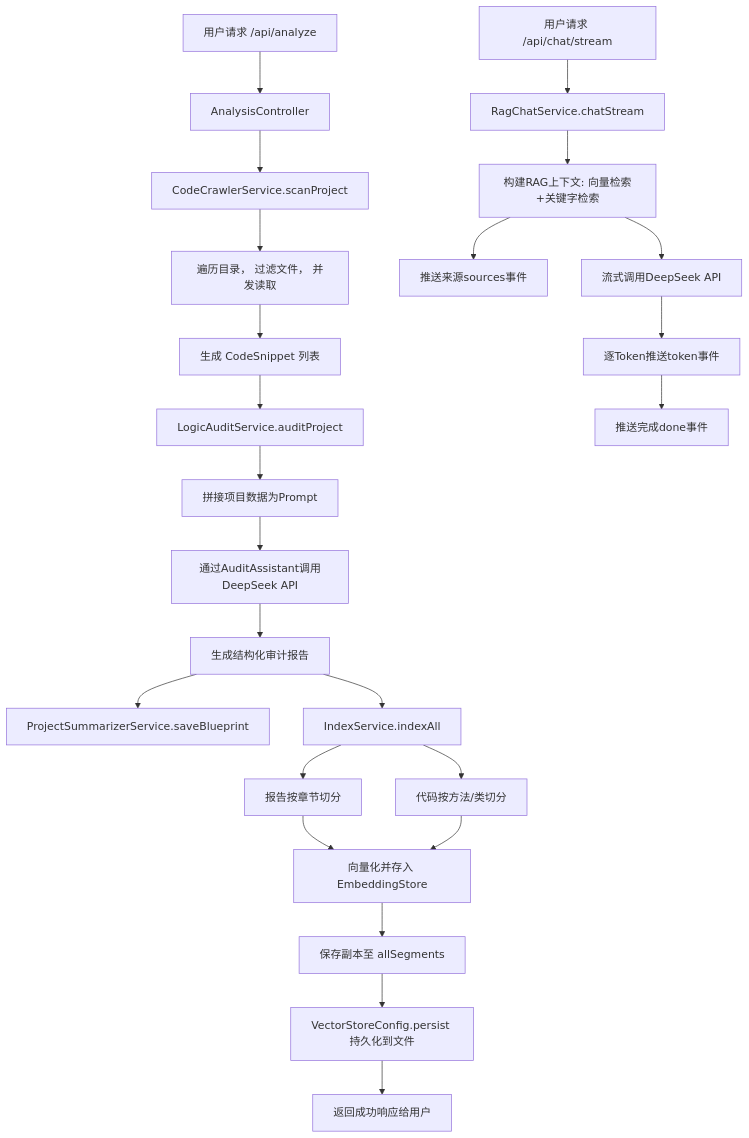
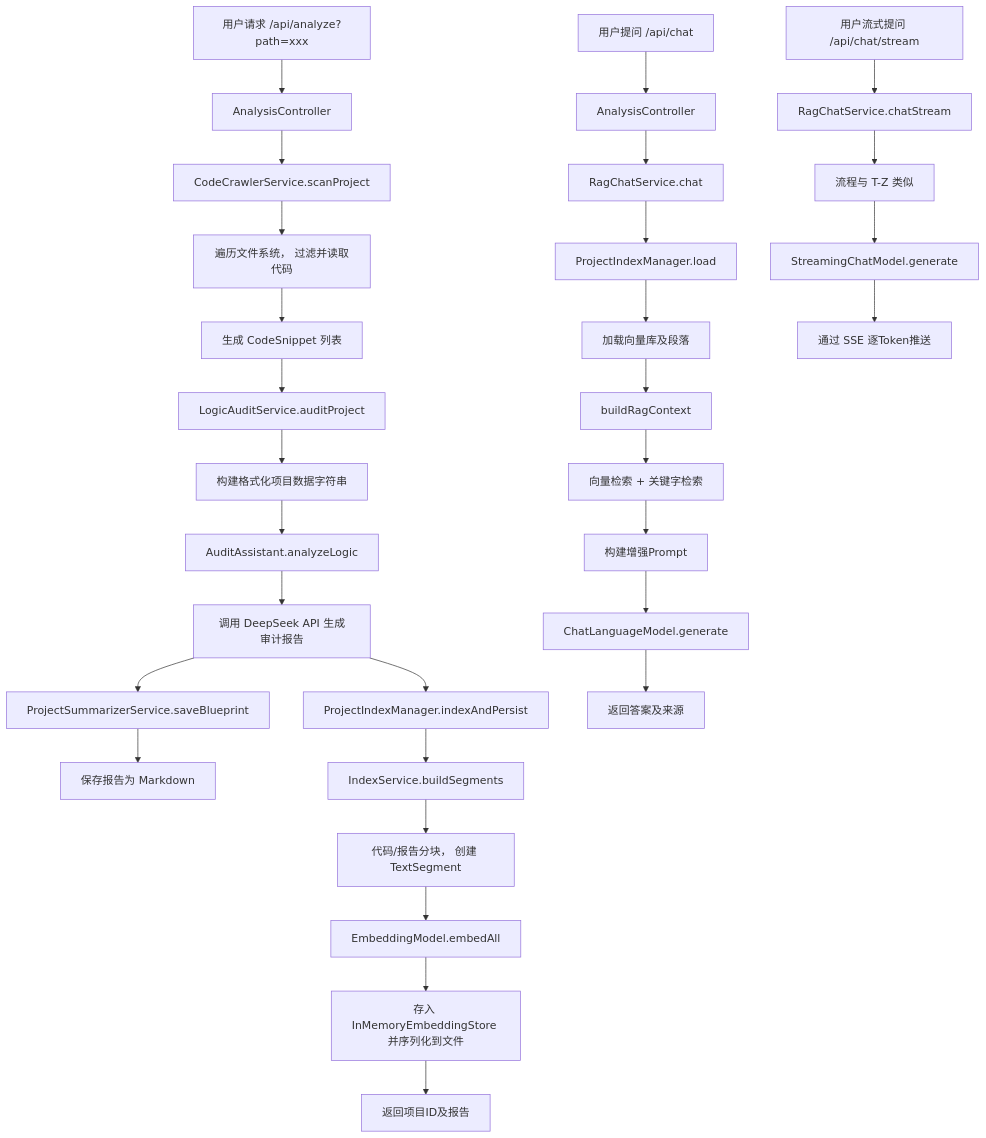
The diagram in Project-Blueprint.md (vuigiap9-art/project-analyzer-agent), drawn with Mermaid before and after one commit. The commit also changed other lines of this file and 1 other file, not shown here.

Commit message:
完善审计蓝图与RAG聊天渲染

````diff
--- a/Project-Blueprint.md
+++ b/Project-Blueprint.md
@@ -149,26 +133,34 @@
 ```mermaid
 graph TD
-    A[用户请求 /api/analyze] --> B[AnalysisController]
-    B --> C[CodeCrawlerService.scanProject]
-    C --> D[遍历目录， 过滤文件， 并发读取]
-    D --> E[生成 CodeSnippet 列表]
-    E --> F[LogicAuditService.auditProject]
-    F --> G[拼接项目数据为Prompt]
-    G --> H[通过AuditAssistant调用DeepSeek API]
-    H --> I[生成结构化审计报告]
-    I --> J[ProjectSummarizerService.saveBlueprint]
-    I --> K[IndexService.indexAll]
-    K --> L[报告按章节切分]
-    K --> M[代码按方法/类切分]
-    L & M --> N[向量化并存入 EmbeddingStore]
-    N --> O[保存副本至 allSegments]
-    O --> P[VectorStoreConfig.persist 持久化到文件]
-    P --> Q[返回成功响应给用户]
+    A[用户请求 /api/analyze?path=xxx] --> B[AnalysisController];
+    B --> C[CodeCrawlerService.scanProject];
+    C --> D[遍历文件系统， 过滤并读取代码];
+    D --> E[生成 CodeSnippet 列表];
+    E --> F[LogicAuditService.auditProject];
+    F --> G[构建格式化项目数据字符串];
+    G --> H[AuditAssistant.analyzeLogic];
+    H --> I[调用 DeepSeek API 生成审计报告];
+    I --> J[ProjectSummarizerService.saveBlueprint];
+    J --> K[保存报告为 Markdown];
+    I --> L[ProjectIndexManager.indexAndPersist];
+    L --> M[IndexService.buildSegments];
+    M --> N[代码/报告分块， 创建 TextSegment];
+    N --> O[EmbeddingModel.embedAll];
+    O --> P[存入 InMemoryEmbeddingStore 并序列化到文件];
+    P --> Q[返回项目ID及报告];
 
-    R[用户请求 /api/chat/stream] --> S[RagChatService.chatStream]
-    S --> T[构建RAG上下文: 向量检索+关键字检索]
-    T --> U[推送来源sources事件]
-    T --> V[流式调用DeepSeek API]
-    V --> W[逐Token推送token事件]
-    W --> X[推送完成done事件]
+    R[用户提问 /api/chat] --> S[AnalysisController];
+    S --> T[RagChatService.chat];
+    T --> U[ProjectIndexManager.load];
+    U --> V[加载向量库及段落];
+    V --> W[buildRagContext];
+    W --> X[向量检索 + 关键字检索];
+    X --> Y[构建增强Prompt];
+    Y --> Z[ChatLanguageModel.generate];
+    Z --> AA[返回答案及来源];
+
+    AB[用户流式提问 /api/chat/stream] --> AC[RagChatService.chatStream];
+    AC --> AD[流程与 T-Z 类似];
+    AD --> AE[StreamingChatModel.generate];
+    AE --> AF[通过 SSE 逐Token推送];
 ```
````
